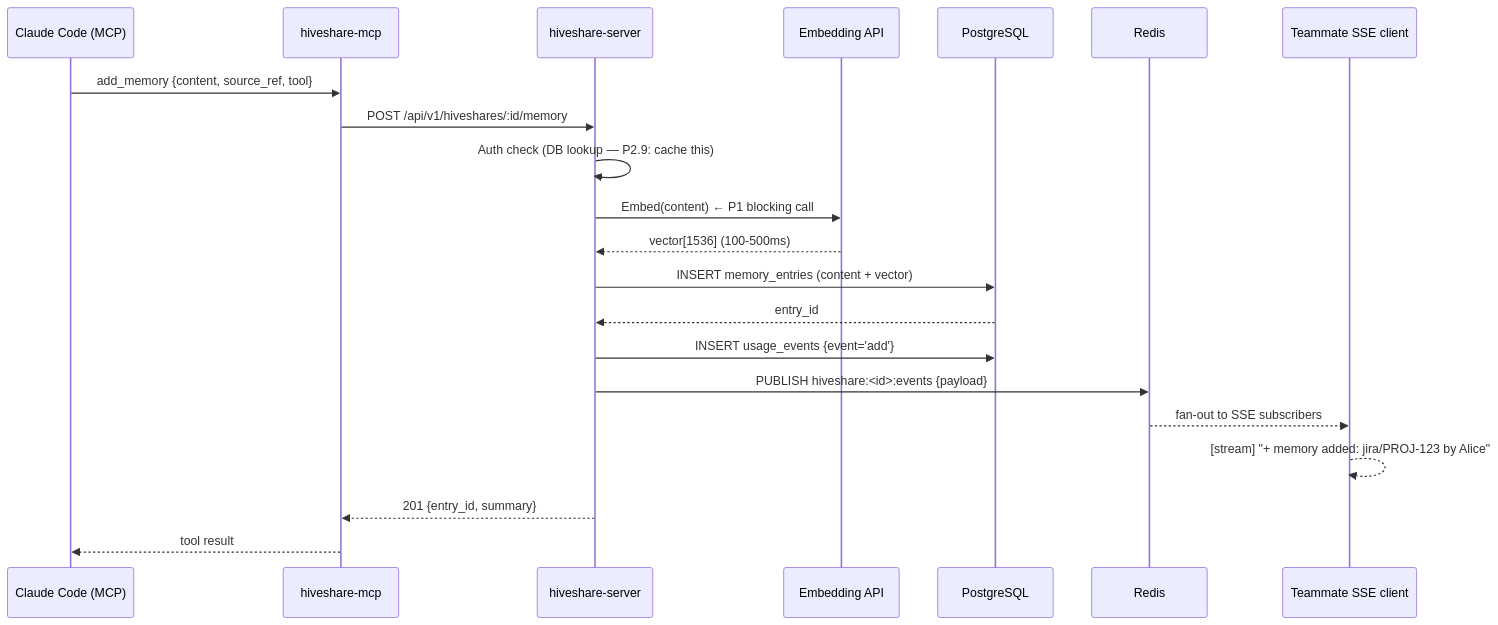
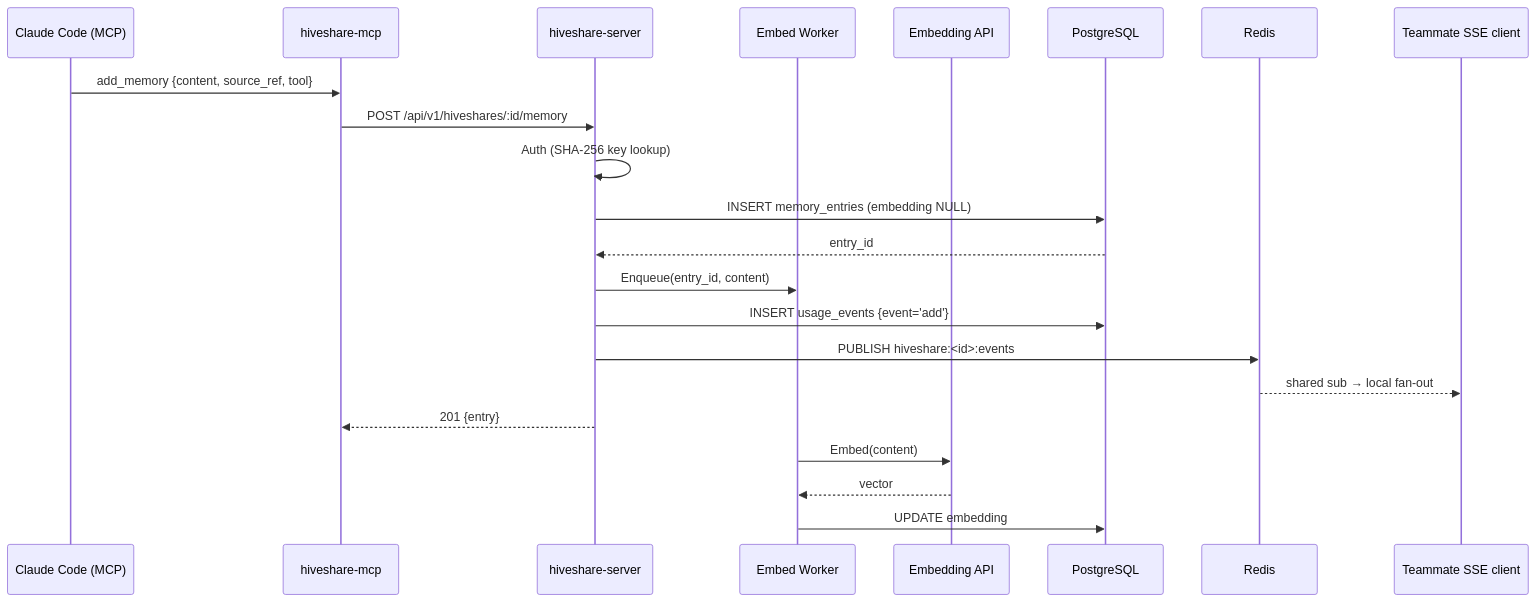
The fourth of 8 diagrams in docs/ARCHITECTURE.md (KB-perByte/hiveshare), drawn with Mermaid before and after one commit. The commit also changed other lines of this file and 3 other files, not shown here.

````diff
--- a/docs/ARCHITECTURE.md
+++ b/docs/ARCHITECTURE.md
@@ -222,24 +162,25 @@
 ```mermaid
 sequenceDiagram
     participant Claude as Claude Code (MCP)
     participant MCP as hiveshare-mcp
     participant API as hiveshare-server
+    participant Worker as Embed Worker
     participant Embed as Embedding API
     participant PG as PostgreSQL
     participant Redis as Redis
     participant Tm as Teammate SSE client
 
     Claude->>MCP: add_memory {content, source_ref, tool}
     MCP->>API: POST /api/v1/hiveshares/:id/memory
-    API->>API: Auth check (DB lookup — P2.9: cache this)
-    API->>Embed: Embed(content) ← P1 blocking call
-    Embed-->>API: vector[1536] (100-500ms)
-    API->>PG: INSERT memory_entries (content + vector)
+    API->>API: Auth (SHA-256 key lookup)
+    API->>PG: INSERT memory_entries (embedding NULL)
     PG-->>API: entry_id
+    API->>Worker: Enqueue(entry_id, content)
     API->>PG: INSERT usage_events {event='add'}
-    API->>Redis: PUBLISH hiveshare:<id>:events {payload}
-    Redis-->>Tm: fan-out to SSE subscribers
-    Tm-->>Tm: [stream] "+ memory added: jira/PROJ-123 by Alice"
-    API-->>MCP: 201 {entry_id, summary}
-    MCP-->>Claude: tool result
+    API->>Redis: PUBLISH hiveshare:<id>:events
+    Redis-->>Tm: shared sub → local fan-out
+    API-->>MCP: 201 {entry}
+    Worker->>Embed: Embed(content)
+    Embed-->>Worker: vector
+    Worker->>PG: UPDATE embedding
 ```
````
